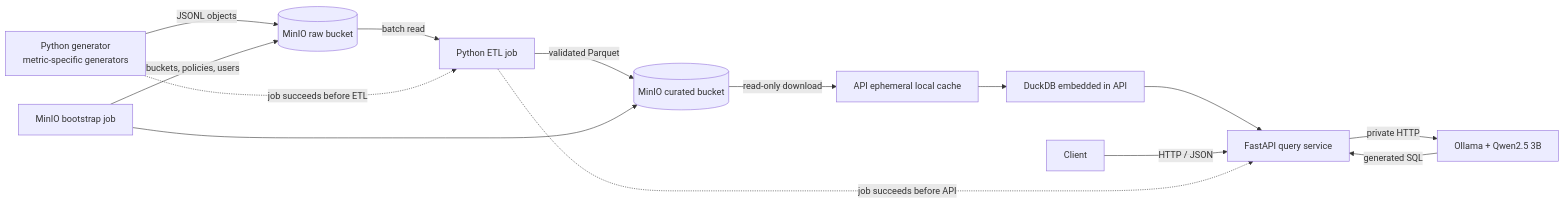
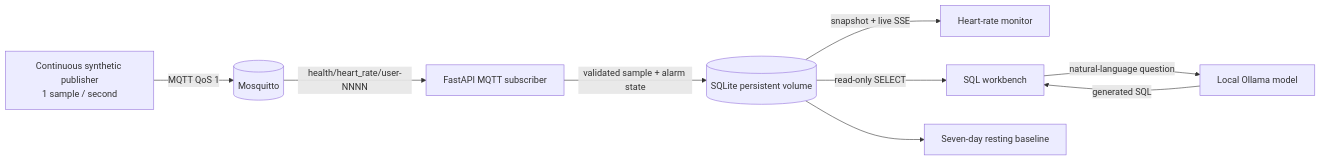
Before and after one commit to Milandenice/AI-Queryable-Health-Data-System: the diagram in README.md, drawn with Mermaid. The commit also changed other lines of this file and 28 other files, not shown here.

Commit message:
Add heart rate monitor

````diff
--- a/README.md
+++ b/README.md
@@ -18,16 +9,11 @@
 ```mermaid
 flowchart LR
-    U[Python generator<br/>metric-specific generators] -->|JSONL objects| R[(MinIO raw bucket)]
-    R -->|batch read| E[Python ETL job]
-    E -->|validated Parquet| C[(MinIO curated bucket)]
-    C -->|read-only download| L[API ephemeral local cache]
-    L --> Q[DuckDB embedded in API]
-    Q --> A[FastAPI query service]
-    Client -->|HTTP / JSON| A
-    A -->|private HTTP| M[Ollama + Qwen2.5 3B]
-    M -->|generated SQL| A
-    B[MinIO bootstrap job] -->|buckets, policies, users| R
-    B --> C
-    U -. job succeeds before ETL .-> E
-    E -. job succeeds before API .-> A
+    G[Continuous synthetic publisher<br/>1 sample / second] -->|MQTT QoS 1| M[(Mosquitto)]
+    M -->|health/heart_rate/user-NNNN| I[FastAPI MQTT subscriber]
+    I -->|validated sample + alarm state| D[(SQLite persistent volume)]
+    D -->|snapshot + live SSE| UI[Heart-rate monitor]
+    D -->|read-only SELECT| Q[SQL workbench]
+    Q -->|natural-language question| O[Local Ollama model]
+    O -->|generated SQL| Q
+    D --> B[Seven-day resting baseline]
 ```
````
